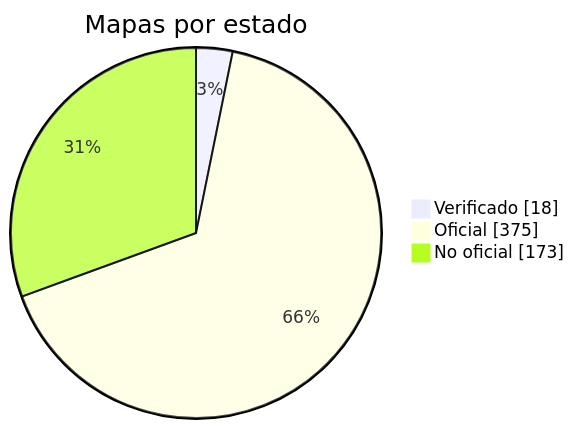
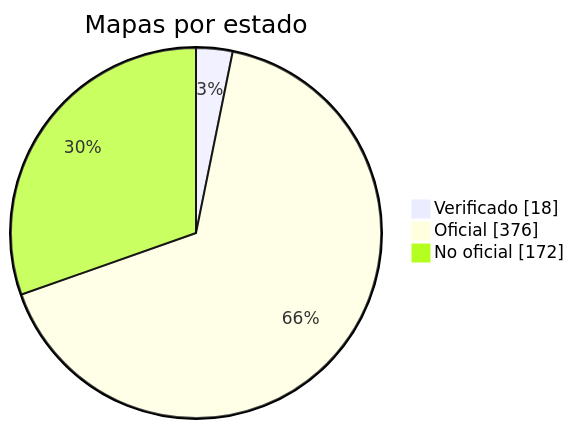
Before and after one commit to nobrega8/mbmap-library: the diagram in docs/readme/README_ES.md, drawn with Mermaid. The commit also changed 6 other files, not shown here.

````diff
--- a/docs/readme/README_ES.md
+++ b/docs/readme/README_ES.md
@@ -54,7 +54,7 @@
 ```mermaid
 pie showData
     title Mapas por estado
     "Verificado" : 18
-    "Oficial" : 375
-    "No oficial" : 173
+    "Oficial" : 376
+    "No oficial" : 172
 ```
````
